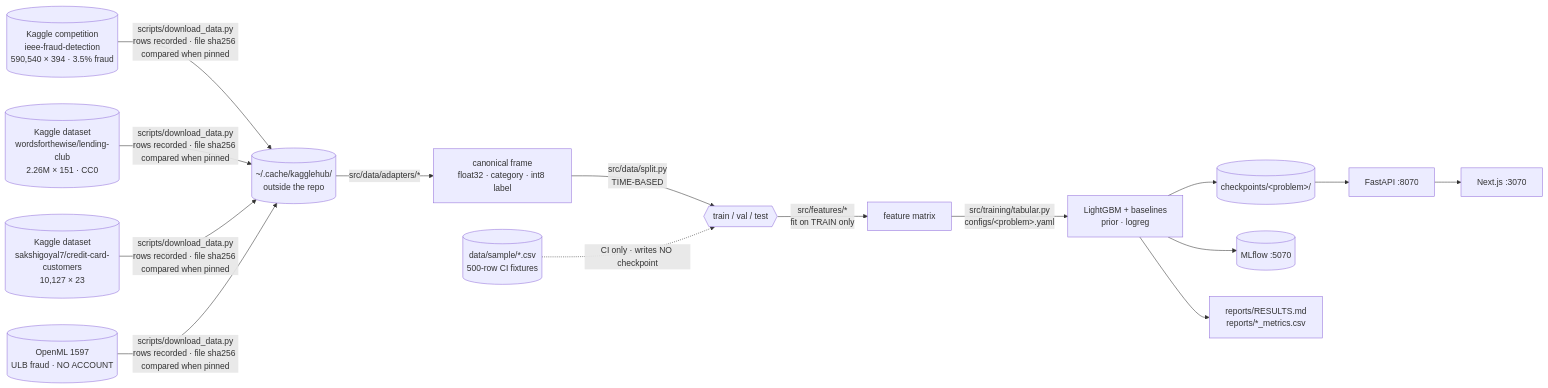
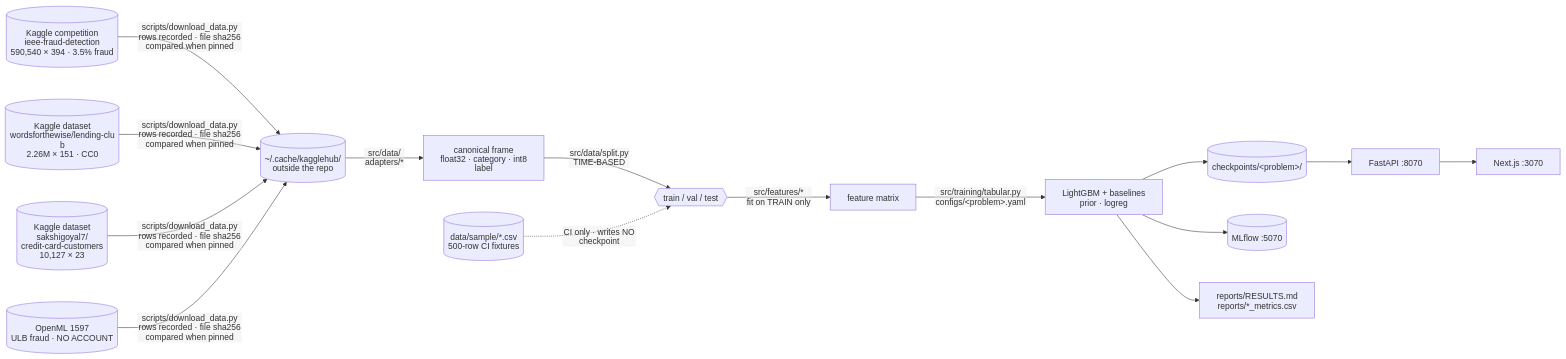
The diagram in docs/diagrams/pipeline-dag.mmd (armandogon94/Portfolio-ML-System), drawn with Mermaid before and after one commit. The commit also changed 11 other files, not shown here.

First line of the commit message:
docs(diagrams): render labels as SVG text so no glyph is clipped

```diff
--- a/docs/diagrams/pipeline-dag.mmd
+++ b/docs/diagrams/pipeline-dag.mmd
@@ -1,15 +1,16 @@
+%%{init: {'htmlLabels': false, 'fontFamily': 'arial, helvetica, sans-serif', 'flowchart': {'htmlLabels': false, 'padding': 16, 'nodeSpacing': 60, 'rankSpacing': 70, 'useMaxWidth': true}}}%%
 flowchart LR
     K1[("Kaggle competition<br/>ieee-fraud-detection<br/>590,540 × 394 · 3.5% fraud")]
     K2[("Kaggle dataset<br/>wordsforthewise/lending-club<br/>2.26M × 151 · CC0")]
-    K3[("Kaggle dataset<br/>sakshigoyal7/credit-card-customers<br/>10,127 × 23")]
+    K3[("Kaggle dataset<br/>sakshigoyal7/<br/>credit-card-customers<br/>10,127 × 23")]
     OML[("OpenML 1597<br/>ULB fraud · NO ACCOUNT")]
-    K1 & K2 & K3 & OML -->|"scripts/download_data.py<br/>rows recorded · file sha256 compared when pinned"| C[("~/.cache/kagglehub/<br/>outside the repo")]
-    C -->|"src/data/adapters/*"| P["canonical frame<br/>float32 · category · int8 label"]
+    K1 & K2 & K3 & OML -->|"scripts/download_data.py<br/>rows recorded · file sha256<br/>compared when pinned"| C[("~/.cache/kagglehub/<br/>outside the repo")]
+    C -->|"src/data/<br/>adapters/*"| P["canonical frame<br/>float32 · category · int8 label"]
     P -->|"src/data/split.py<br/>TIME-BASED"| T{{"train / val / test"}}
     T -->|"src/features/*<br/>fit on TRAIN only"| X["feature matrix"]
     X -->|"src/training/tabular.py<br/>configs/&lt;problem&gt;.yaml"| MDL["LightGBM + baselines<br/>prior · logreg"]
     MDL --> CK[("checkpoints/&lt;problem&gt;/")]
     MDL --> ML[("MLflow :5070")]
     MDL --> RES["reports/RESULTS.md<br/>reports/*_metrics.csv"]
     CK --> API["FastAPI :8070"] --> WEB["Next.js :3070"]
     SMP[("data/sample/*.csv<br/>500-row CI fixtures")] -.->|"CI only · writes NO checkpoint"| T
```
